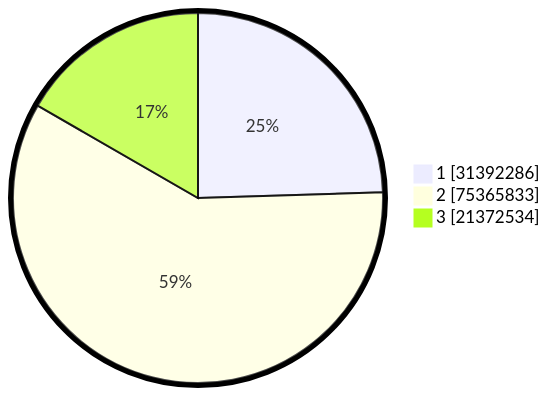
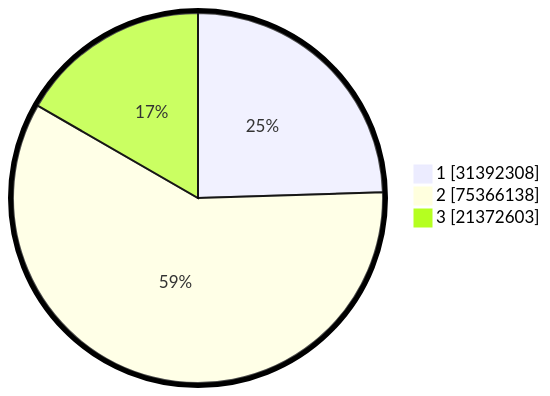
Before and after one commit to gigit-pemilu/pemilu-2024: the second of 2 diagrams in pilpres/hitung-suara/README.md, drawn with Mermaid. The commit also changed other lines of this file and 6 other files, not shown here.

````diff
--- a/pilpres/hitung-suara/README.md
+++ b/pilpres/hitung-suara/README.md
@@ -93,7 +93,7 @@
 ```mermaid
 %%{init: {"pie": {"textPosition": 0.5}, "themeVariables": {"pieOuterStrokeWidth": "5px"}} }%%
 pie showData
-    "1" : 31392286
-    "2" : 75365833
-    "3" : 21372534
+    "1" : 31392308
+    "2" : 75366138
+    "3" : 21372603
 ```
````
